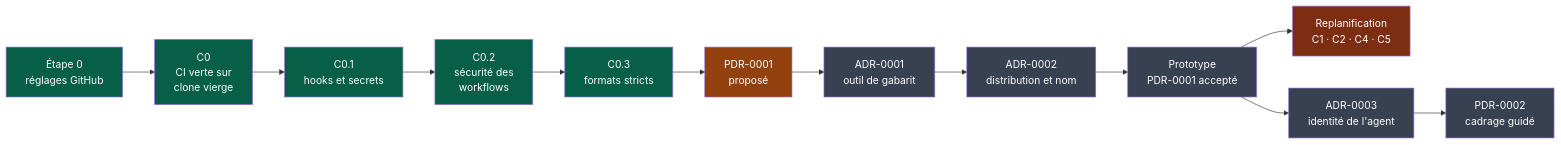
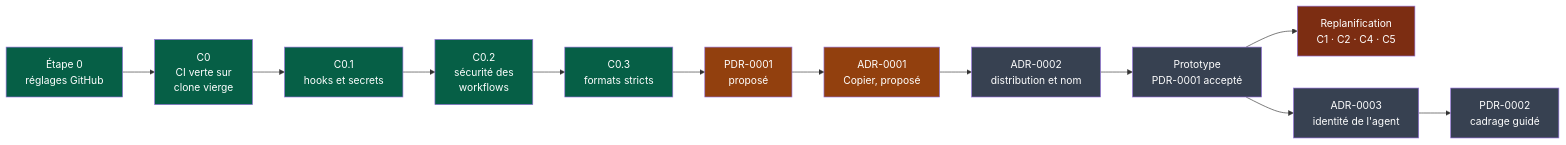
One commit to NapkinStack/engineering-os changed the first of 2 diagrams in docs/governance/chantiers.md. Above: the diagram before and after it, drawn with Mermaid. The commit also changed other lines of this file and 2 other files, not shown here.

First line of the commit message:
ADR-0001 — Adopter Copier pour générer et mettre à jour les projets (#9)

````diff
--- a/docs/governance/chantiers.md
+++ b/docs/governance/chantiers.md
@@ -10,19 +10,19 @@
 ```mermaid
 flowchart LR
     S0["Étape 0<br/>réglages GitHub"]:::fait --> C0["C0<br/>CI verte sur<br/>clone vierge"]:::fait
     C0 --> C01["C0.1<br/>hooks et secrets"]:::fait
     C01 --> C02["C0.2<br/>sécurité des<br/>workflows"]:::fait
     C02 --> C03["C0.3<br/>formats stricts"]:::fait
     C03 --> PDR["PDR-0001<br/>proposé"]:::partiel
-    PDR --> A1["ADR-0001<br/>outil de gabarit"]:::afaire
+    PDR --> A1["ADR-0001<br/>Copier, proposé"]:::partiel
     A1 --> A2["ADR-0002<br/>distribution et nom"]:::afaire
     A2 --> PT["Prototype<br/>PDR-0001 accepté"]:::afaire
     PT --> RP["Replanification<br/>C1 · C2 · C4 · C5"]:::bloque
     PT --> A3["ADR-0003<br/>identité de l'agent"]:::afaire
     A3 --> P2["PDR-0002<br/>cadrage guidé"]:::afaire
 
     classDef fait fill:#065f46,color:#fff
     classDef partiel fill:#92400e,color:#fff
     classDef afaire fill:#374151,color:#fff
     classDef bloque fill:#7c2d12,color:#fff
 ```
````
